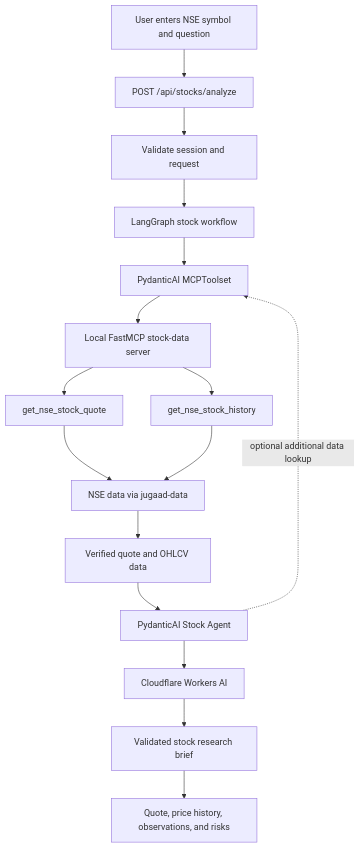
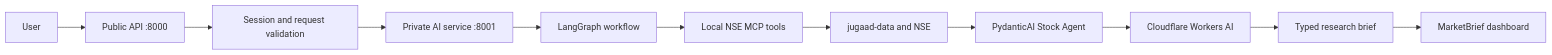
One commit to NikhilDasgupta123/samjhao-ai changed the diagram in README.md. Above: the diagram before and after it, drawn with Mermaid. The commit also changed other lines of this file and 1 other file, not shown here.

Commit message:
docs: refresh README with project overview and local setup guide

````diff
--- a/README.md
+++ b/README.md
@@ -88,18 +22,13 @@
 ```mermaid
-flowchart TD
-    User[User enters NSE symbol and question] --> API[POST /api/stocks/analyze]
-    API --> Auth[Validate session and request]
-    Auth --> Graph[LangGraph stock workflow]
-    Graph --> MCPToolset[PydanticAI MCPToolset]
-    MCPToolset --> MCP[Local FastMCP stock-data server]
-    MCP --> Quote[get_nse_stock_quote]
-    MCP --> History[get_nse_stock_history]
-    Quote --> NSE[NSE data via jugaad-data]
-    History --> NSE
-    NSE --> Brief[Verified quote and OHLCV data]
-    Brief --> Agent[PydanticAI Stock Agent]
-    Agent -. optional additional data lookup .-> MCPToolset
-    Agent --> Cloudflare[Cloudflare Workers AI]
-    Cloudflare --> Result[Validated stock research brief]
-    Result --> UI[Quote, price history, observations, and risks]
+flowchart LR
+    User[User] --> API[Public API :8000]
+    API --> Auth[Session and request validation]
+    Auth --> AIS[Private AI service :8001]
+    AIS --> Graph[LangGraph workflow]
+    Graph --> MCP[Local NSE MCP tools]
+    MCP --> NSE[jugaad-data and NSE]
+    NSE --> Agent[PydanticAI Stock Agent]
+    Agent --> CF[Cloudflare Workers AI]
+    CF --> Result[Typed research brief]
+    Result --> UI[MarketBrief dashboard]
 ```
````
